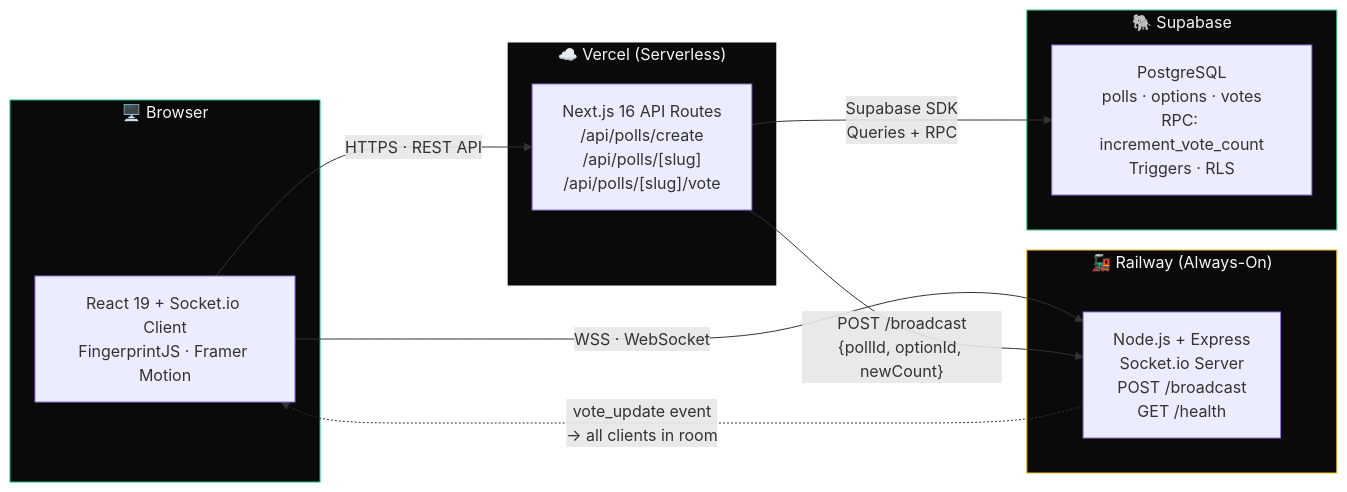
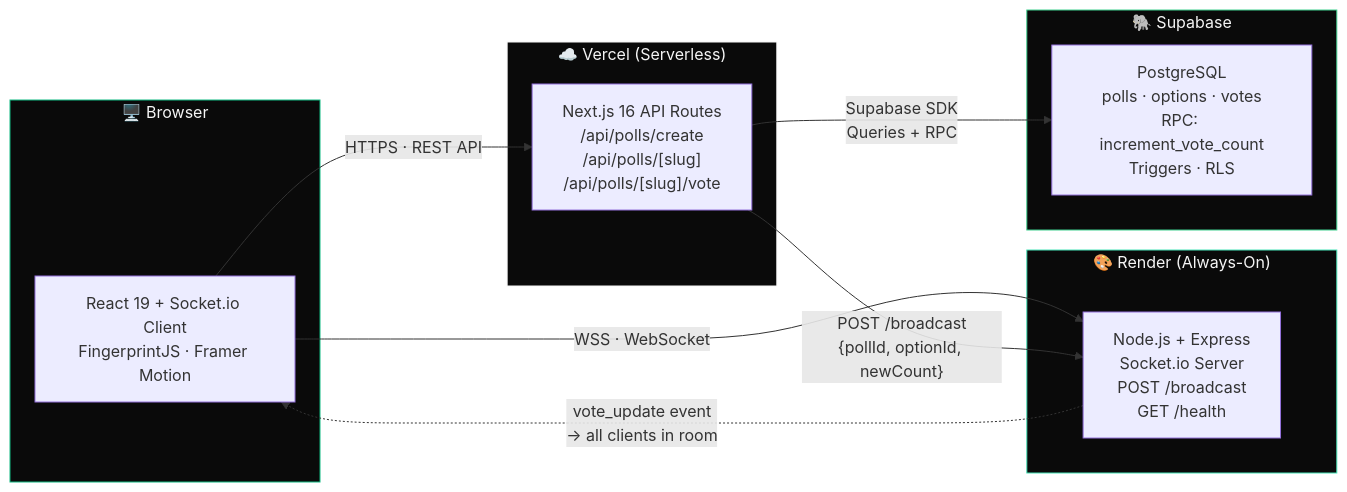
Before and after one commit to COolAlien35/PollRooms: the diagram in README.md, drawn with Mermaid. The commit also changed other lines of this file, not shown here.

Commit message:
docs: update README with production deployment (Vercel + Render)

````diff
--- a/README.md
+++ b/README.md
@@ -94,29 +94,29 @@
 ```mermaid
 graph LR
     subgraph Client ["🖥️ Browser"]
         A["React 19 + Socket.io Client<br/>FingerprintJS · Framer Motion"]
     end
 
     subgraph Vercel ["☁️ Vercel (Serverless)"]
         B["Next.js 16 API Routes<br/>/api/polls/create<br/>/api/polls/[slug]<br/>/api/polls/[slug]/vote"]
     end
 
-    subgraph Railway ["🚂 Railway (Always-On)"]
+    subgraph Render ["🎨 Render (Always-On)"]
         C["Node.js + Express<br/>Socket.io Server<br/>POST /broadcast<br/>GET /health"]
     end
 
     subgraph Supabase ["🐘 Supabase"]
         D["PostgreSQL<br/>polls · options · votes<br/>RPC: increment_vote_count<br/>Triggers · RLS"]
     end
 
     A -- "HTTPS · REST API" --> B
     A -- "WSS · WebSocket" --> C
     B -- "POST /broadcast<br/>{pollId, optionId, newCount}" --> C
     B -- "Supabase SDK<br/>Queries + RPC" --> D
     C -. "vote_update event<br/>→ all clients in room" .-> A
 
     style Client fill:#0a0a0a,stroke:#10b981,color:#f5f5f5
     style Vercel fill:#0a0a0a,stroke:#f5f5f5,color:#f5f5f5
-    style Railway fill:#0a0a0a,stroke:#fbbf24,color:#f5f5f5
+    style Render fill:#0a0a0a,stroke:#46e3b7,color:#f5f5f5
     style Supabase fill:#0a0a0a,stroke:#3fcf8e,color:#f5f5f5
 ```
````
